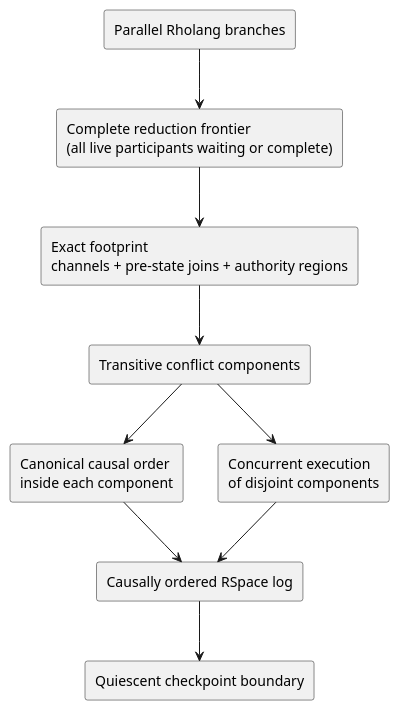
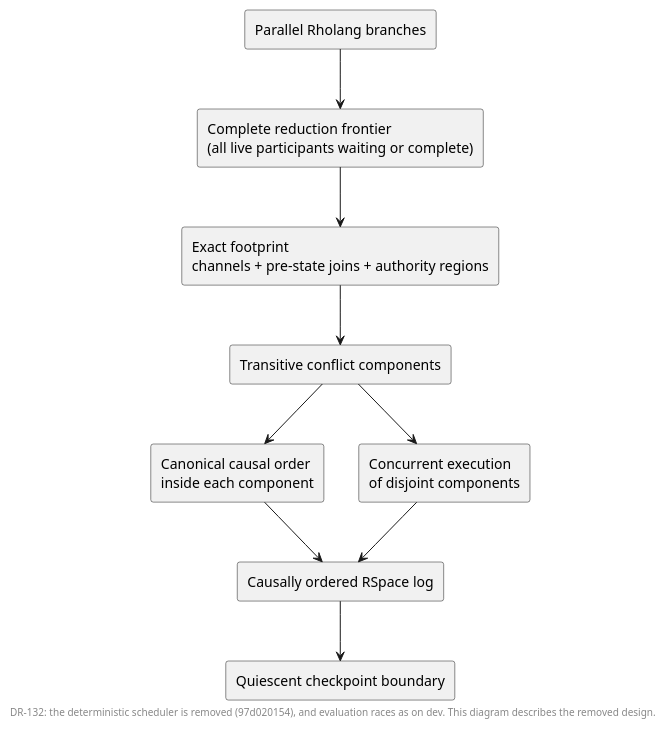
One commit to F1R3FLY-io/f1r3node-rust changed the diagram in docs/casper/theory/diagrams/deterministic-parallel-reduction.puml. Above: the diagram before and after it, drawn with PlantUML. The commit also changed 23 other files, not shown here.

```diff
--- a/docs/casper/theory/diagrams/deterministic-parallel-reduction.puml
+++ b/docs/casper/theory/diagrams/deterministic-parallel-reduction.puml
@@ -1,24 +1,25 @@
 @startuml
+footer DR-132: the deterministic scheduler is removed (97d020154), and evaluation races as on dev. This diagram describes the removed design.
 skinparam backgroundColor transparent
 skinparam componentStyle rectangle
 skinparam shadowing false
 skinparam defaultFontName SansSerif
 
 rectangle "Parallel Rholang branches" as branches
 rectangle "Complete reduction frontier\n(all live participants waiting or complete)" as frontier
 rectangle "Exact footprint\nchannels + pre-state joins + authority regions" as footprint
 rectangle "Transitive conflict components" as components
 rectangle "Canonical causal order\ninside each component" as ordered
 rectangle "Concurrent execution\nof disjoint components" as concurrent
 rectangle "Causally ordered RSpace log" as log
 rectangle "Quiescent checkpoint boundary" as checkpoint
 
 branches --> frontier
 frontier --> footprint
 footprint --> components
 components --> ordered
 components --> concurrent
 ordered --> log
 concurrent --> log
 log --> checkpoint
 @enduml
```
